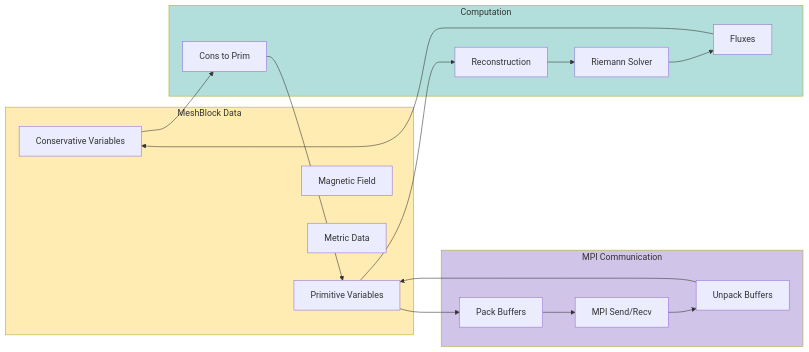
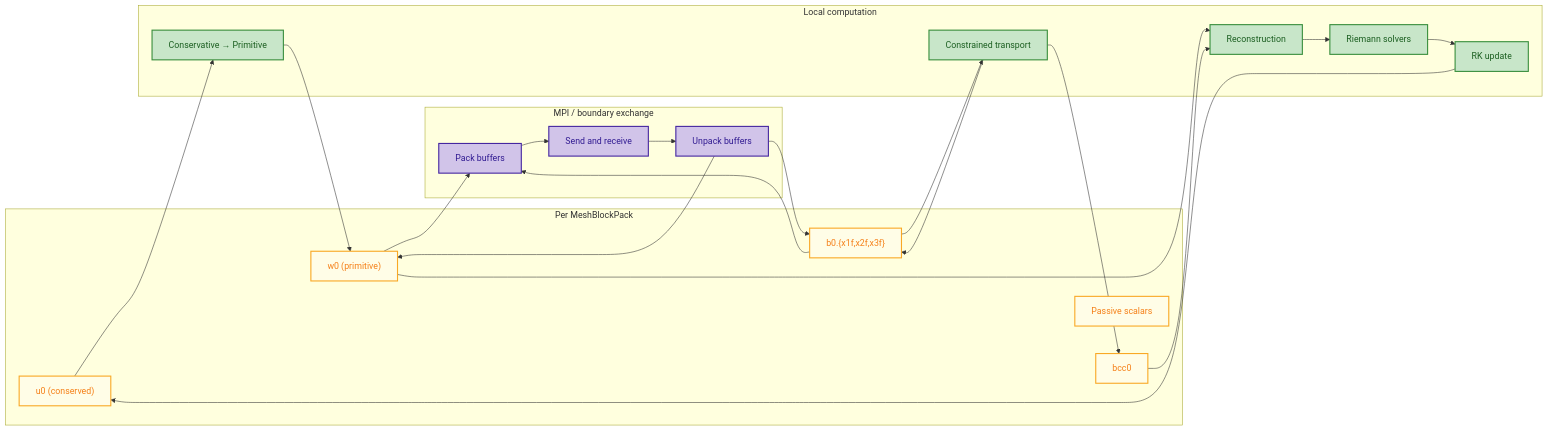
One commit to dfielding14/athenak changed the third of 3 diagrams in docs/source/flowcharts/system_architecture.md. Above: the diagram before and after it, drawn with Mermaid. The commit also changed other lines of this file and 11 other files, not shown here.

Commit message:
docs: refresh flowcharts and supporting assets

````diff
--- a/docs/source/flowcharts/system_architecture.md
+++ b/docs/source/flowcharts/system_architecture.md
@@ -269,43 +202,54 @@
 ```{mermaid}
 flowchart LR
-    subgraph MeshBlock[MeshBlock Data]
-        CONS[Conservative Variables]
-        PRIM[Primitive Variables]
-        BFIELD[Magnetic Field]
-        METRIC[Metric Data]
+    classDef data fill:#fffde7,stroke:#f9a825,stroke-width:2px,color:#f57f17;
+    classDef compute fill:#c8e6c9,stroke:#388e3c,stroke-width:2px,color:#1b5e20;
+    classDef comm fill:#d1c4e9,stroke:#4527a0,stroke-width:2px,color:#311b92;
+
+    subgraph PACKDATA[Per MeshBlockPack]
+        U0["u0 (conserved)"]
+        W0["w0 (primitive)"]
+        BFACE["b0.{x1f,x2f,x3f}"]
+        BCC["bcc0"]
+        SCALARS["Passive scalars"]
     end
+    class U0,W0,BFACE,BCC,SCALARS data
 
-    subgraph Computation[Computation]
-        C2P[Cons to Prim]
-        RECONSTRUCT[Reconstruction]
-        RIEMANN_SOLVE[Riemann Solver]
-        FLUXES[Fluxes]
+    subgraph COMPUTE[Local computation]
+        C2P[Conservative → Primitive]
+        RECON[Reconstruction]
+        RIEMANN[Riemann solvers]
+        UPDATE[RK update]
+        CT[Constrained transport]
     end
+    class C2P,RECON,RIEMANN,UPDATE,CT compute
 
-    subgraph Communication[MPI Communication]
-        PACK[Pack Buffers]
-        SEND[MPI Send/Recv]
-        UNPACK[Unpack Buffers]
+    subgraph COMM[MPI / boundary exchange]
+        PACKBUF["Pack buffers"]
+        EXCHANGE["Send and receive"]
+        UNPACK["Unpack buffers"]
     end
+    class PACKBUF,EXCHANGE,UNPACK comm
 
-    CONS --> C2P
-    C2P --> PRIM
-    PRIM --> RECONSTRUCT
-    RECONSTRUCT --> RIEMANN_SOLVE
-    RIEMANN_SOLVE --> FLUXES
-    FLUXES --> CONS
+    U0 --> C2P
+    C2P --> W0
+    W0 --> RECON
+    RECON --> RIEMANN
+    RIEMANN --> UPDATE
+    UPDATE --> U0
+    BFACE --> CT
+    CT --> BFACE
+    CT --> BCC
+    BCC --> RECON
 
-    PRIM --> PACK
-    PACK --> SEND
-    SEND --> UNPACK
-    UNPACK --> PRIM
+    W0 --> PACKBUF
+    BFACE --> PACKBUF
+    PACKBUF --> EXCHANGE
+    EXCHANGE --> UNPACK
+    UNPACK --> W0
+    UNPACK --> BFACE
 
-    style MeshBlock fill:#ffecb3
-    style Computation fill:#b2dfdb
-    style Communication fill:#d1c4e9
-    
-    click RECONSTRUCT "../modules/reconstruction.html"
-    click RIEMANN_SOLVE "../modules/riemann_solvers.html"
-    click PACK "../modules/boundaries.html"
-    click SEND "../modules/boundaries.html"
+    click RECON "../modules/reconstruction.html"
+    click RIEMANN "../modules/riemann_solvers.html"
+    click CT "../modules/mhd.html#constrained-transport"
+    click EXCHANGE "../modules/boundaries.html"
 ```
````
